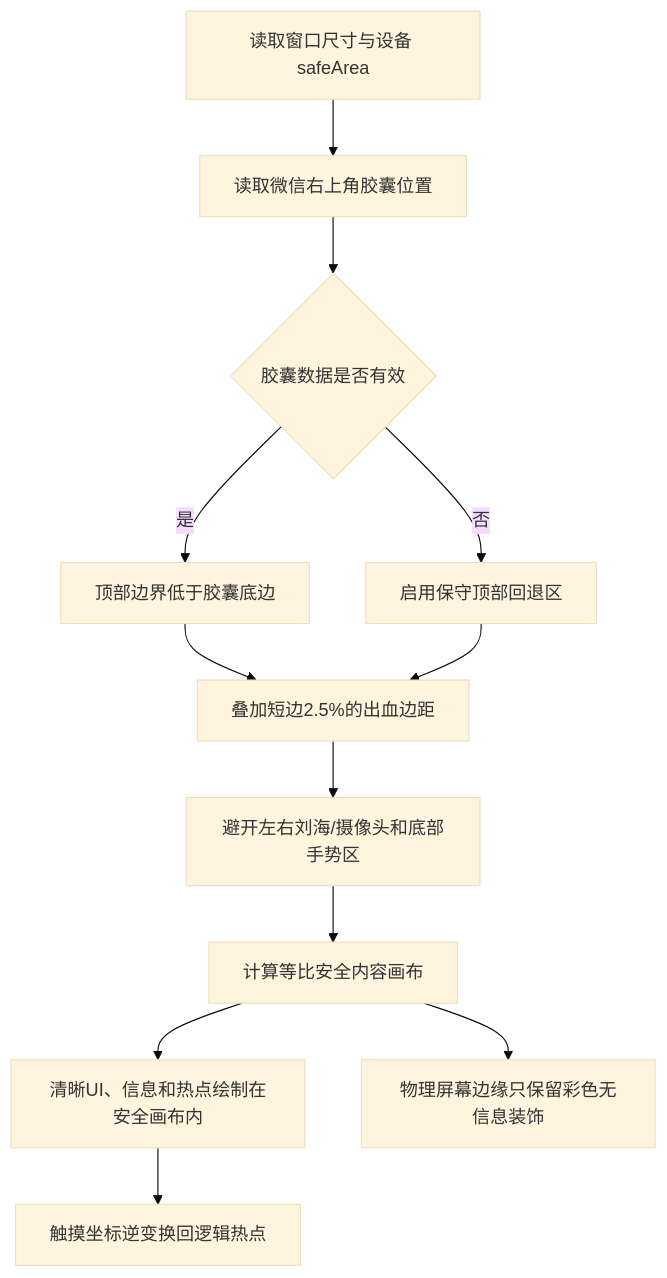
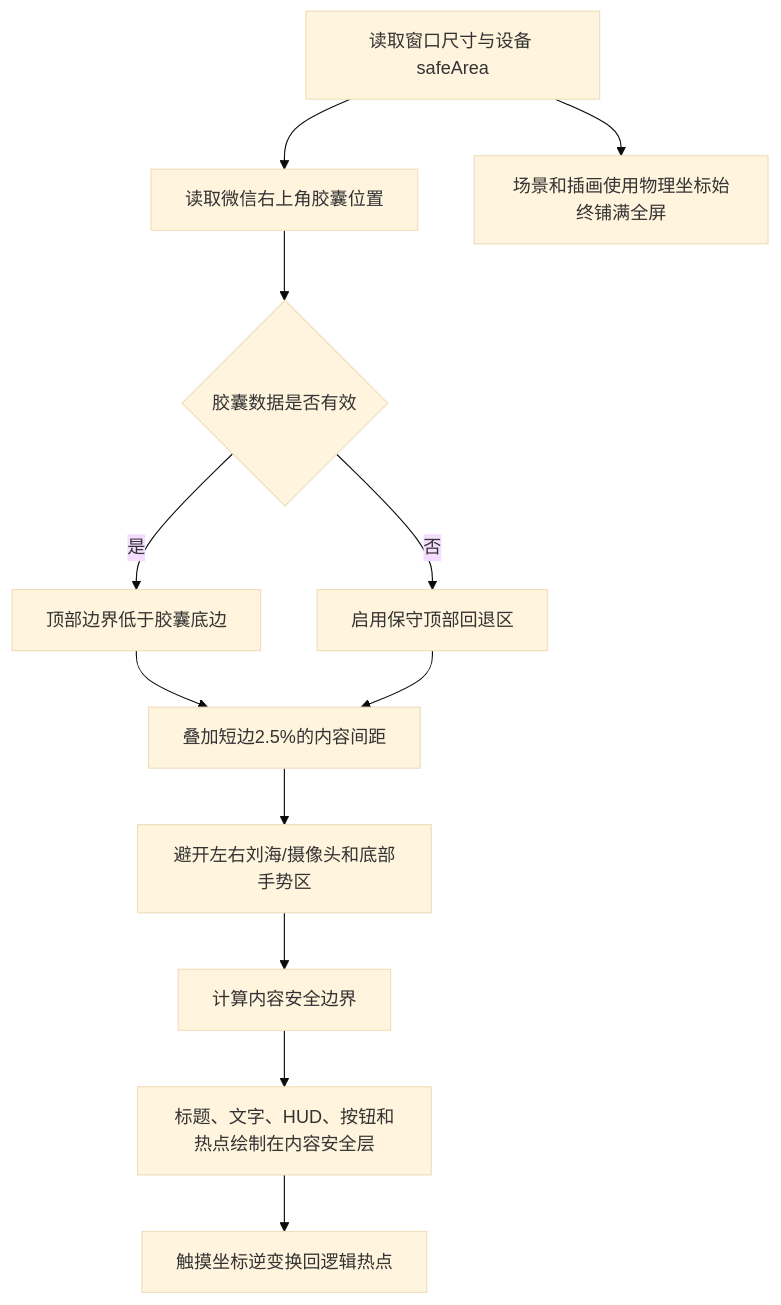
One commit to Yeungsam/heisino-game changed diagram 11 of 11 in docs/游戏产品流程图.md. Above: the diagram before and after it, drawn with Mermaid (base theme). The commit also changed other lines of this file and 5 other files, not shown here.

````diff
--- a/docs/游戏产品流程图.md
+++ b/docs/游戏产品流程图.md
@@ -400,14 +400,14 @@
 ```mermaid
 flowchart TD
     A["读取窗口尺寸与设备 safeArea"] --> B["读取微信右上角胶囊位置"]
     B --> C{"胶囊数据是否有效"}
     C -- "是" --> D["顶部边界低于胶囊底边"]
     C -- "否" --> E["启用保守顶部回退区"]
-    D --> F["叠加短边2.5%的出血边距"]
+    D --> F["叠加短边2.5%的内容间距"]
     E --> F
     F --> G["避开左右刘海/摄像头和底部手势区"]
-    G --> H["计算等比安全内容画布"]
-    H --> I["清晰UI、信息和热点绘制在安全画布内"]
-    H --> J["物理屏幕边缘只保留彩色无信息装饰"]
+    G --> H["计算内容安全边界"]
+    H --> I["标题、文字、HUD、按钮和热点绘制在内容安全层"]
+    A --> J["场景和插画使用物理坐标始终铺满全屏"]
     I --> K["触摸坐标逆变换回逻辑热点"]
 ```
````
